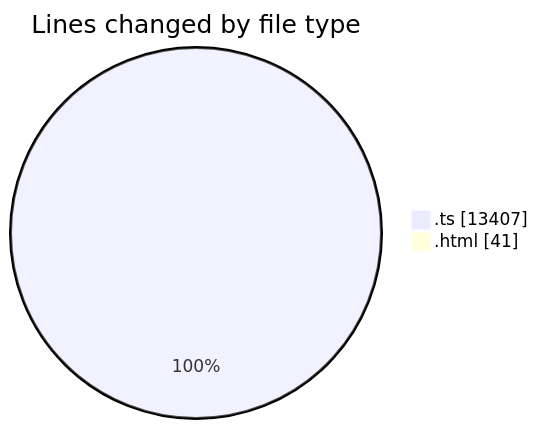
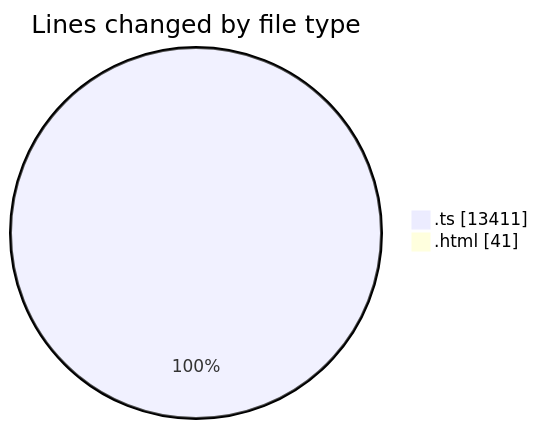
Before and after one commit to tmsrecording-cyber/code-tracking: the first of 2 diagrams in 2026-02-08/singularitybrainai/README.md, drawn with Mermaid. The commit also changed other lines of this file and 1 other file, not shown here.

````diff
--- a/2026-02-08/singularitybrainai/README.md
+++ b/2026-02-08/singularitybrainai/README.md
@@ -37,6 +37,6 @@
 ```mermaid
 pie showData
 title Lines changed by file type
-".ts" : 13407
+".ts" : 13411
 ".html" : 41
 ```
````
